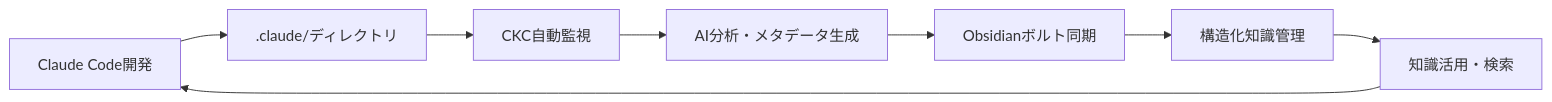
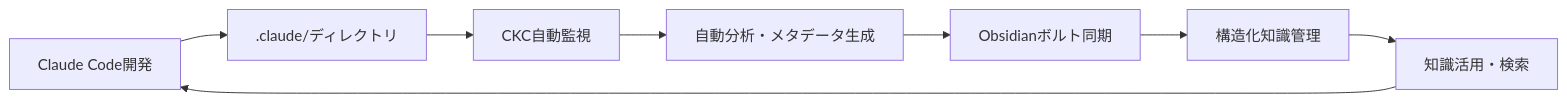
One commit to drillan/claude-knowledge-catalyst changed the diagram in docs/index.md. Above: the diagram before and after it, drawn with Mermaid. The commit also changed other lines of this file and 19 other files, not shown here.

````diff
--- a/docs/index.md
+++ b/docs/index.md
@@ -73,10 +73,10 @@
 ```mermaid
 graph LR
     A[Claude Code開発] --> B[.claude/ディレクトリ]
     B --> C[CKC自動監視]
-    C --> D[AI分析・メタデータ生成]
+    C --> D[自動分析・メタデータ生成]
     D --> E[Obsidianボルト同期]
     E --> F[構造化知識管理]
     F --> G[知識活用・検索]
     G --> A
 ```
````
